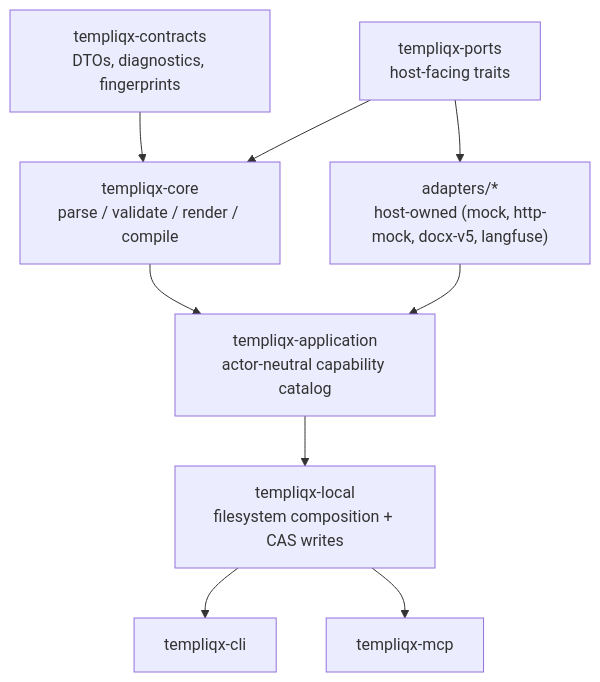
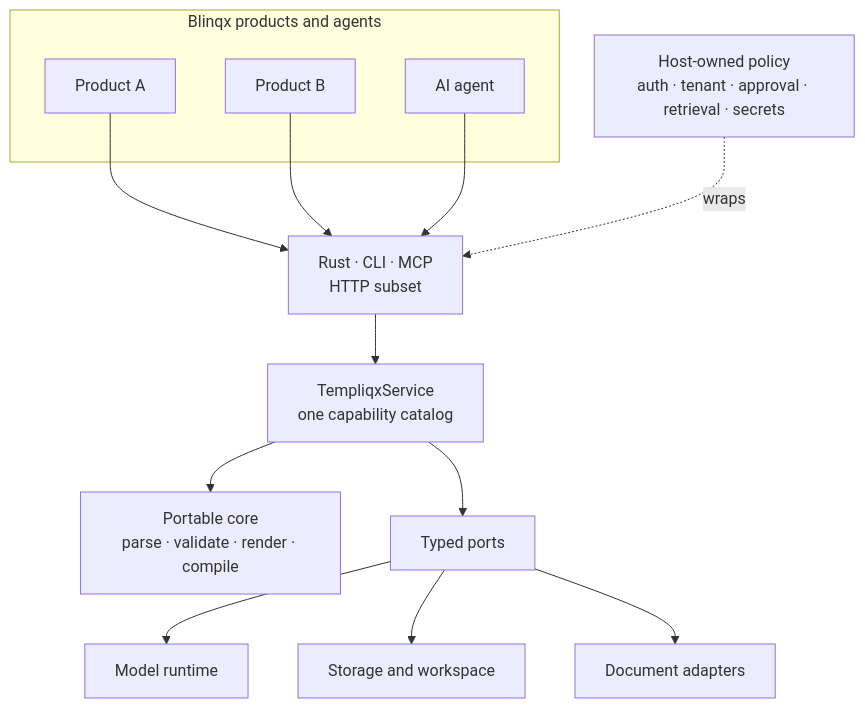
The third of 3 diagrams in README.md (RyanLisse/templiqx), drawn with Mermaid before and after one commit. The commit also changed other lines of this file, not shown here.

Commit message:
docs: reposition Templiqx README for Blinqx

````diff
--- a/README.md
+++ b/README.md
@@ -45,20 +158,22 @@
 ```mermaid
-flowchart TD
-    Contracts["templiqx-contracts\nDTOs, diagnostics, fingerprints"]
-    Ports["templiqx-ports\nhost-facing traits"]
-    Core["templiqx-core\nparse / validate / render / compile"]
-    Adapters["adapters/*\nhost-owned (mock, http-mock, docx-v5, langfuse)"]
-    Application["templiqx-application\nactor-neutral capability catalog"]
-    Local["templiqx-local\nfilesystem composition + CAS writes"]
-    CLI["templiqx-cli"]
-    MCP["templiqx-mcp"]
+flowchart TB
+    subgraph Products["Blinqx products and agents"]
+        P1["Product A"]
+        P2["Product B"]
+        Agent["AI agent"]
+    end
 
-    Contracts --> Core
-    Ports --> Core
-    Ports --> Adapters
-    Core --> Application
-    Adapters --> Application
-    Application --> Local
-    Local --> CLI
-    Local --> MCP
+    P1 --> Interfaces
+    P2 --> Interfaces
+    Agent --> Interfaces
+
+    Interfaces["Rust · CLI · MCP<br/>HTTP subset"] --> Service["TempliqxService<br/>one capability catalog"]
+    Service --> Core["Portable core<br/>parse · validate · render · compile"]
+    Service --> Ports["Typed ports"]
+
+    Ports --> Runtime["Model runtime"]
+    Ports --> Storage["Storage and workspace"]
+    Ports --> Documents["Document adapters"]
+
+    Host["Host-owned policy<br/>auth · tenant · approval · retrieval · secrets"] -. wraps .-> Interfaces
 ```
````
